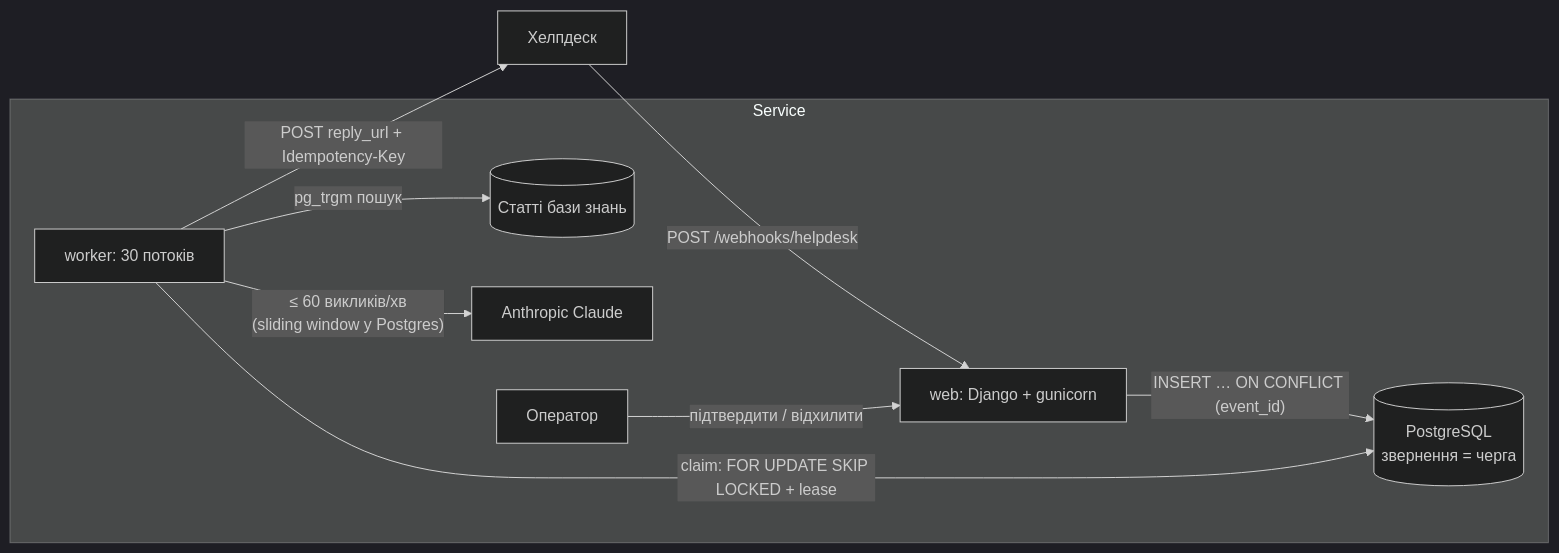
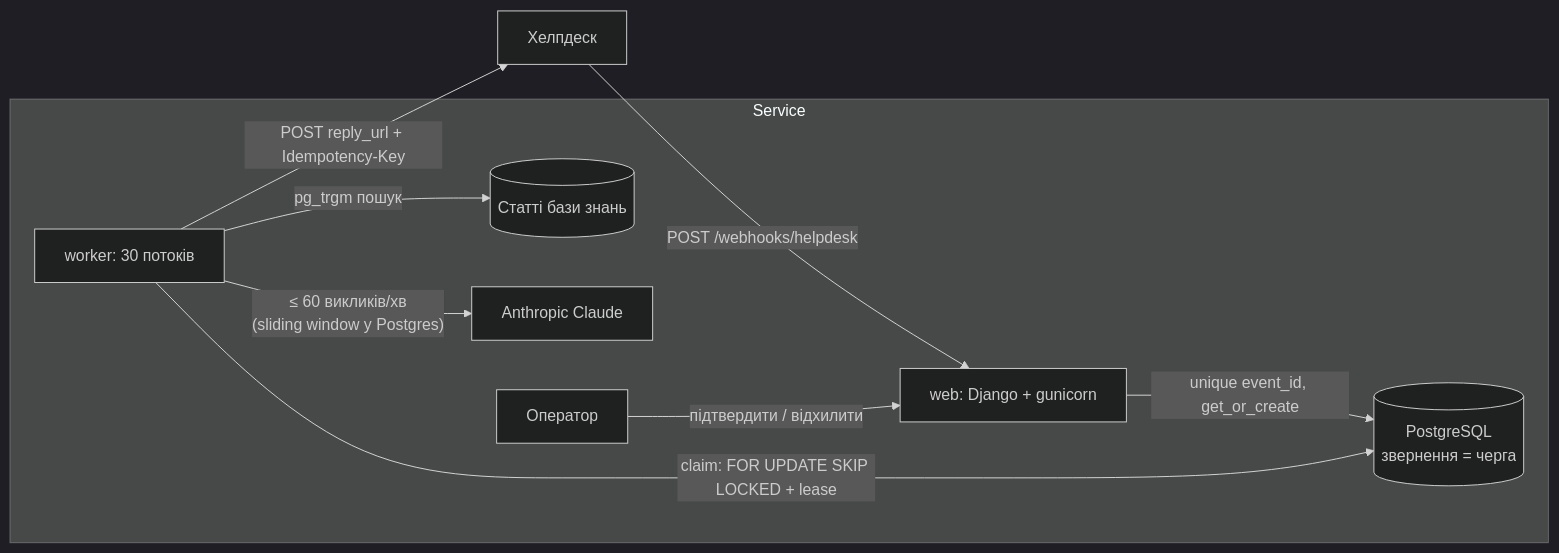
Before and after one commit to forrex322/helpdesk-ai-drafts: the diagram in README.md, drawn with Mermaid (dark theme). The commit also changed other lines of this file and 32 other files, not shown here.

````diff
--- a/README.md
+++ b/README.md
@@ -20,12 +20,12 @@
 ```mermaid
 flowchart LR
     HD[Хелпдеск] -- "POST /webhooks/helpdesk" --> WEB
     subgraph Service
-      WEB[web: Django + gunicorn] -- "INSERT … ON CONFLICT (event_id)" --> PG[(PostgreSQL<br/>звернення = черга)]
+      WEB[web: Django + gunicorn] -- "unique event_id, get_or_create" --> PG[(PostgreSQL<br/>звернення = черга)]
       W[worker: 30 потоків] -- "claim: FOR UPDATE SKIP LOCKED + lease" --> PG
       W -- "pg_trgm пошук" --> KB[(Статті бази знань)]
       W -- "≤ 60 викликів/хв<br/>(sliding window у Postgres)" --> LLM[Anthropic Claude]
       OP[Оператор] -- "підтвердити / відхилити" --> WEB
     end
     W -- "POST reply_url + Idempotency-Key" --> HD
 ```
````
